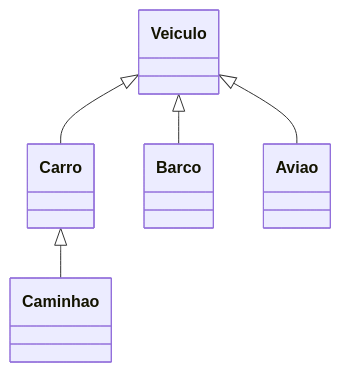
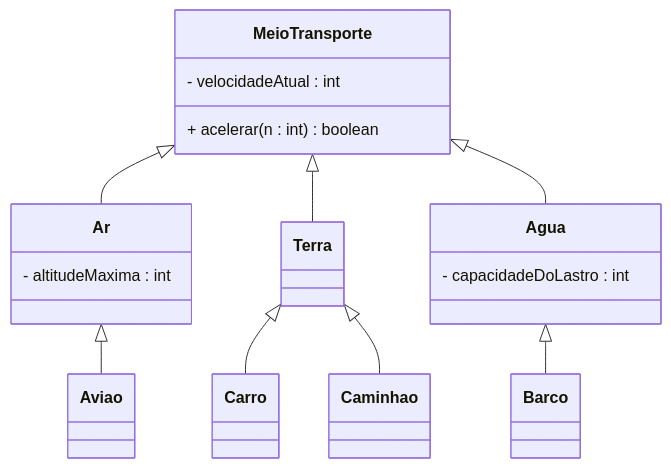
One commit to sfvini/POO changed the fourth of 5 diagrams in aula_13/README.md. Above: the diagram before and after it, drawn with Mermaid. The commit also changed other lines of this file and 2 other files, not shown here.

Commit message:
ajuste de UML

````diff
--- a/aula_13/README.md
+++ b/aula_13/README.md
@@ -58,28 +110,45 @@
 ```mermaid
 classDiagram
 
-    Veiculo <|-- Carro
-    Carro <|-- Caminhao
-    Veiculo <|-- Barco
-    Veiculo <|-- Aviao
-    
-    class Veiculo {
-        
-    }
-    
-    class Carro {
-        
+    MeioTransporte <|-- Ar
+    MeioTransporte <|-- Terra
+    MeioTransporte <|-- Agua
+
+    Ar <|-- Aviao
+    Terra <|-- Carro
+    Terra <|-- Caminhao
+    Agua <|-- Barco
+
+    class MeioTransporte {
+        - velocidadeAtual : int
+        + acelerar(n : int) boolean
     }
 
-    class Caminhao {
-        
+    class Ar {
+        - altitudeMaxima : int
     }
-    
+
+    class Terra {
+
+    }
+
+    class Agua {
+        - capacidadeDoLastro : int
+    }
+
+    class Carro {
+
+    }
+
     class Aviao {
-        
+
     }
 
     class Barco {
 
     }
+
+    class Caminhao {
+
+    }
 ```
````
